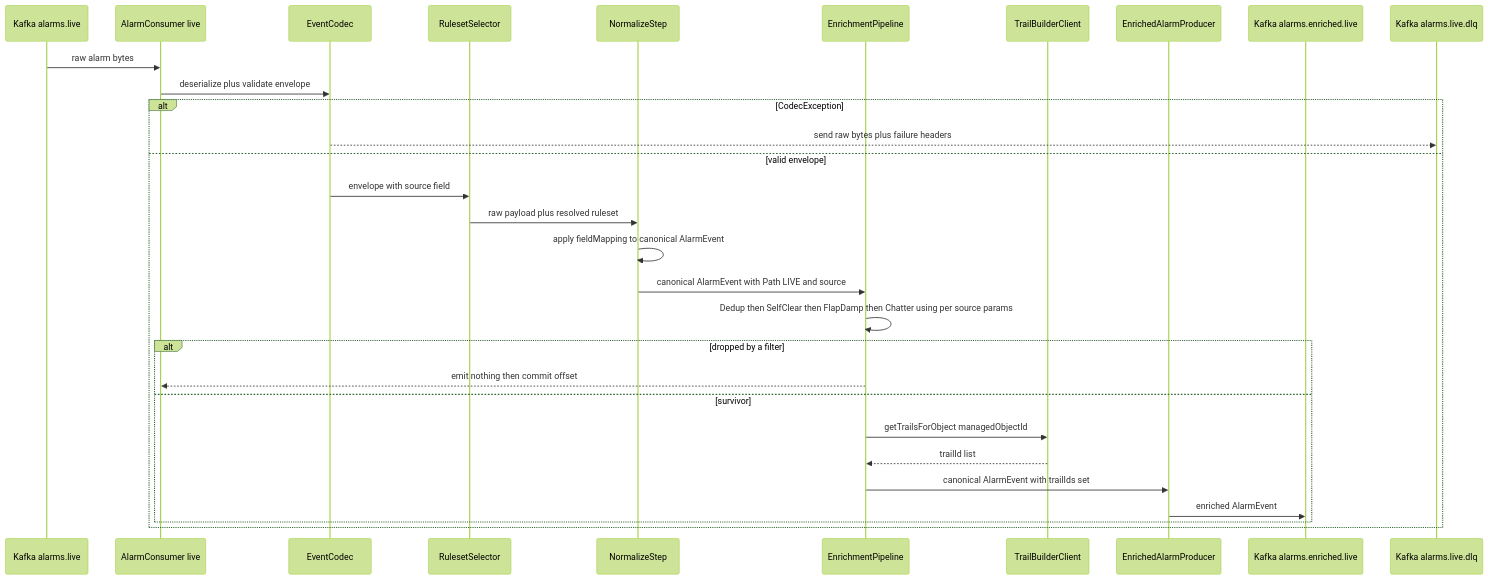
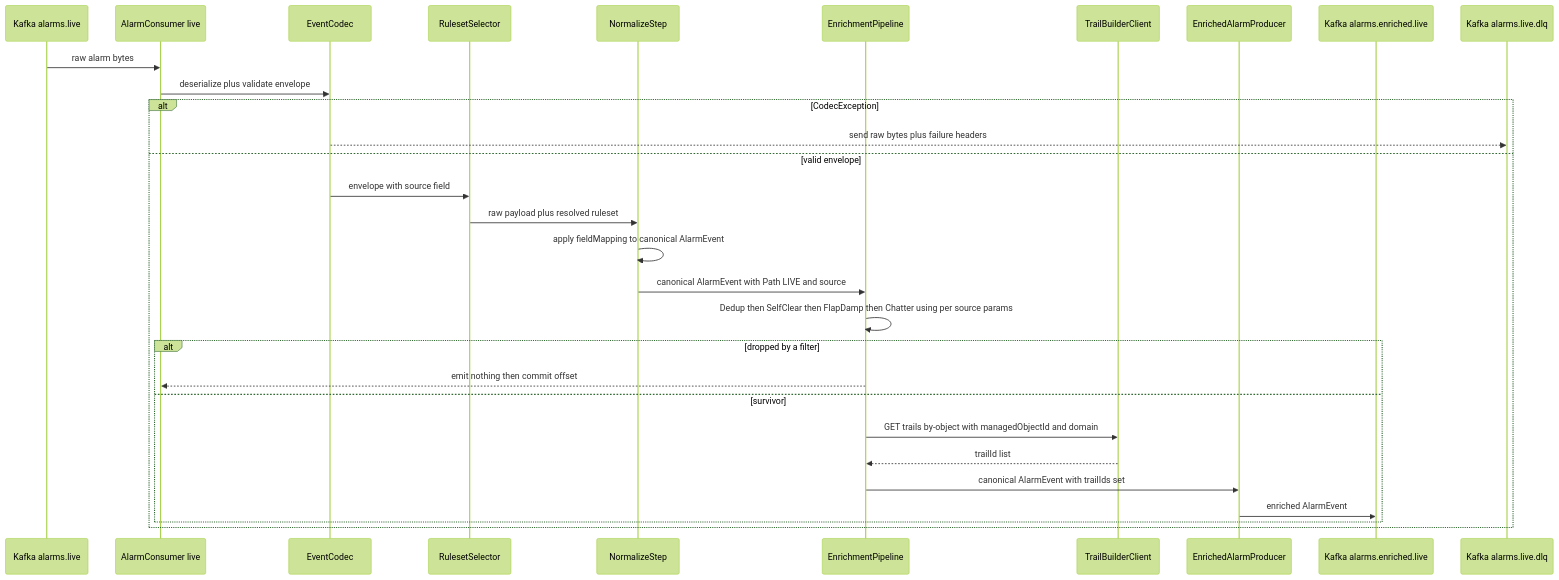
Before and after one commit to nikhilmohan/correlation-platform: the fourth of 6 diagrams in services/enrichment/design.md, drawn with Mermaid (forest theme). The commit also changed other lines of this file and 1 other file, not shown here.

First line of the commit message:
design(enrichment): populate canonical alarmType + frozen trail-builder by-object client

````diff
--- a/services/enrichment/design.md
+++ b/services/enrichment/design.md
@@ -401,32 +489,32 @@
 ```mermaid
 sequenceDiagram
   participant K as Kafka alarms.live
   participant C as AlarmConsumer live
   participant CO as EventCodec
   participant S as RulesetSelector
   participant N as NormalizeStep
   participant P as EnrichmentPipeline
   participant TB as TrailBuilderClient
   participant Pr as EnrichedAlarmProducer
   participant OUT as Kafka alarms.enriched.live
   participant DLQ as Kafka alarms.live.dlq
   K->>C: raw alarm bytes
   C->>CO: deserialize plus validate envelope
   alt CodecException
     CO-->>DLQ: send raw bytes plus failure headers
   else valid envelope
     CO->>S: envelope with source field
     S->>N: raw payload plus resolved ruleset
     N->>N: apply fieldMapping to canonical AlarmEvent
     N->>P: canonical AlarmEvent with Path LIVE and source
     P->>P: Dedup then SelfClear then FlapDamp then Chatter using per source params
     alt dropped by a filter
       P-->>C: emit nothing then commit offset
     else survivor
-      P->>TB: getTrailsForObject managedObjectId
+      P->>TB: GET trails by-object with managedObjectId and domain
       TB-->>P: trailId list
       P->>Pr: canonical AlarmEvent with trailIds set
       Pr->>OUT: enriched AlarmEvent
     end
   end
 ```
````
